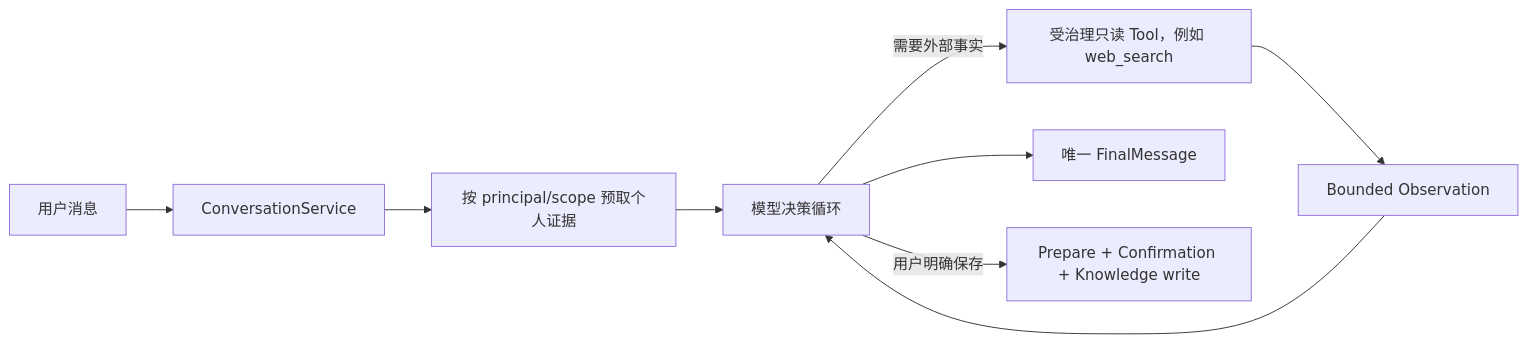
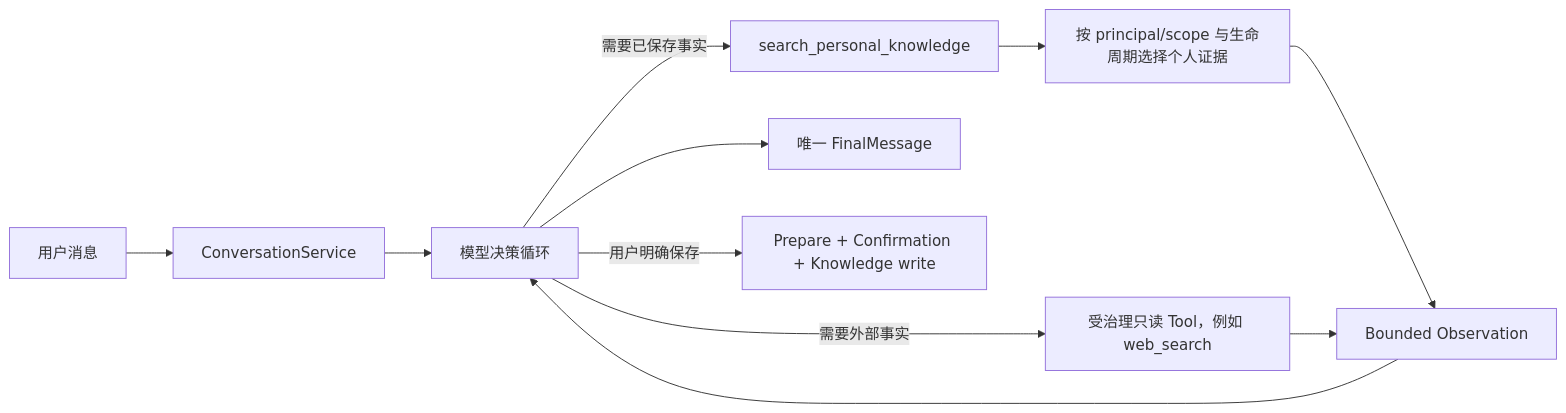
The diagram in docs/workflow/capture-ask-model-flow.md (SkyLiberation/personalAgent), drawn with Mermaid before and after one commit. The commit also changed other lines of this file and 184 other files, not shown here.

````diff
--- a/docs/workflow/capture-ask-model-flow.md
+++ b/docs/workflow/capture-ask-model-flow.md
@@ -7,11 +7,13 @@
 ```mermaid
 flowchart LR
     U["用户消息"] --> C["ConversationService"]
-    C --> P["按 principal/scope 预取个人证据"]
-    P --> L["模型决策循环"]
+    C --> L["模型决策循环"]
+    L -->|"需要已保存事实"| P["search_personal_knowledge"]
+    P --> K["按 principal/scope 与生命周期选择个人证据"]
+    K --> O["Bounded Observation"]
     L -->|"需要外部事实"| T["受治理只读 Tool，例如 web_search"]
-    T --> O["Bounded Observation"]
+    T --> O
     O --> L
     L --> F["唯一 FinalMessage"]
     L -->|"用户明确保存"| S["Prepare + Confirmation + Knowledge write"]
 ```
````
